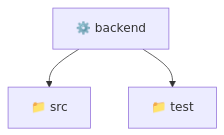
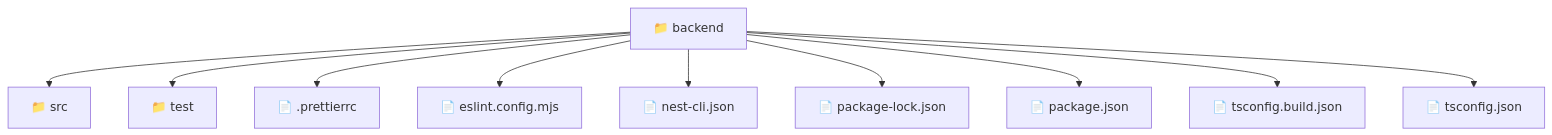
One commit to beginwebdev2002/fullstack-mavluda changed the diagram in backend/README.md. Above: the diagram before and after it, drawn with Mermaid. The commit also changed other lines of this file and 157 other files, not shown here.

````diff
--- a/backend/README.md
+++ b/backend/README.md
@@ -9,6 +9,13 @@
 ```mermaid
 graph TD
-  Root["⚙️ backend"]
+  Root["📁 backend"]
   Root --> src["📁 src"]
   Root --> test["📁 test"]
+  Root --> _prettierrc["📄 .prettierrc"]
+  Root --> eslint_config_mjs["📄 eslint.config.mjs"]
+  Root --> nest_cli_json["📄 nest-cli.json"]
+  Root --> package_lock_json["📄 package-lock.json"]
+  Root --> package_json["📄 package.json"]
+  Root --> tsconfig_build_json["📄 tsconfig.build.json"]
+  Root --> tsconfig_json["📄 tsconfig.json"]
 ```
````
